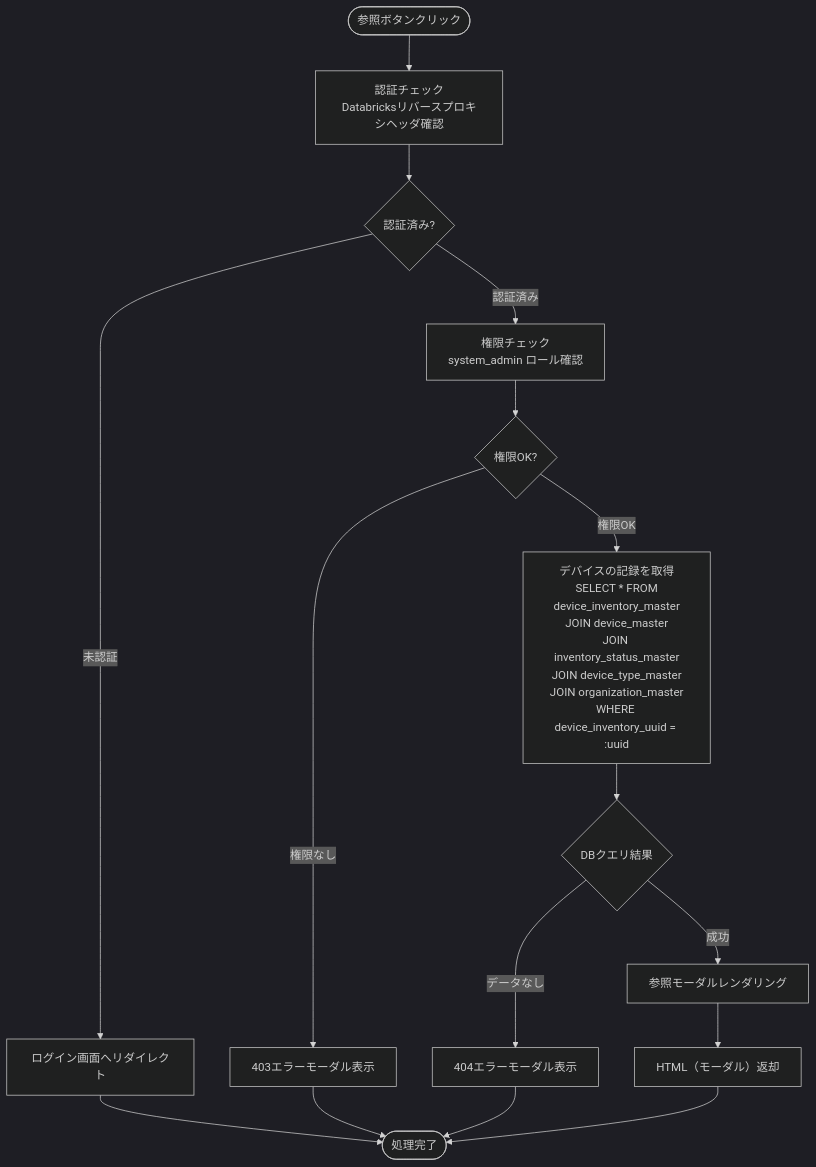
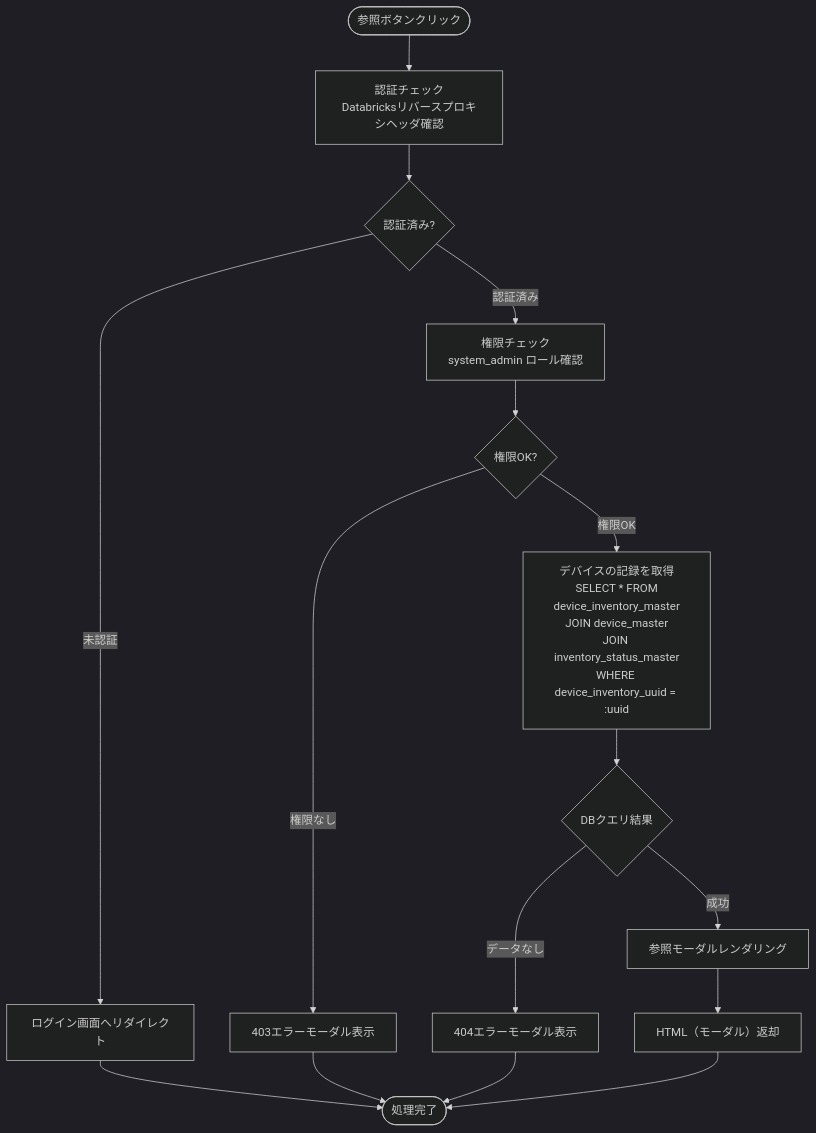
The eighth of 9 diagrams in docs/03-features/flask-app/device-inventory/workflow-specification.md (NSW-SVCP-AIWG002/Databricks-IoT), drawn with Mermaid (dark theme) before and after one commit. The commit also changed other lines of this file and 3 other files, not shown here.

````diff
--- a/docs/03-features/flask-app/device-inventory/workflow-specification.md
+++ b/docs/03-features/flask-app/device-inventory/workflow-specification.md
@@ -832,22 +1009,22 @@
 ```mermaid
 flowchart TD
     Start([参照ボタンクリック]) --> Auth[認証チェック<br>Databricksリバースプロキシヘッダ確認]
     Auth --> CheckAuth{認証済み?}
     CheckAuth -->|未認証| Error401[ログイン画面へリダイレクト]
     Error401 --> End([処理完了])
 
     CheckAuth -->|認証済み| Permission[権限チェック<br>system_admin ロール確認]
     Permission --> CheckPerm{権限OK?}
     CheckPerm -->|権限なし| Error403[403エラーモーダル表示]
     Error403 --> End
 
-    CheckPerm -->|権限OK| Query[デバイスの記録を取得<br>SELECT * FROM<br>device_inventory_master<br>JOIN device_master<br>JOIN inventory_status_master<br>JOIN device_type_master<br>JOIN organization_master<br>WHERE device_inventory_uuid = :uuid]
+    CheckPerm -->|権限OK| Query[デバイスの記録を取得<br>SELECT * FROM<br>device_inventory_master<br>JOIN device_master<br>JOIN inventory_status_master<br>WHERE device_inventory_uuid = :uuid]
     Query --> CheckDB{DBクエリ結果}
 
     CheckDB -->|データなし| Error404[404エラーモーダル表示]
     Error404 --> End
 
     CheckDB -->|成功| Template[参照モーダルレンダリング]
     Template --> Response[HTML（モーダル）返却]
     Response --> End
 ```
````
